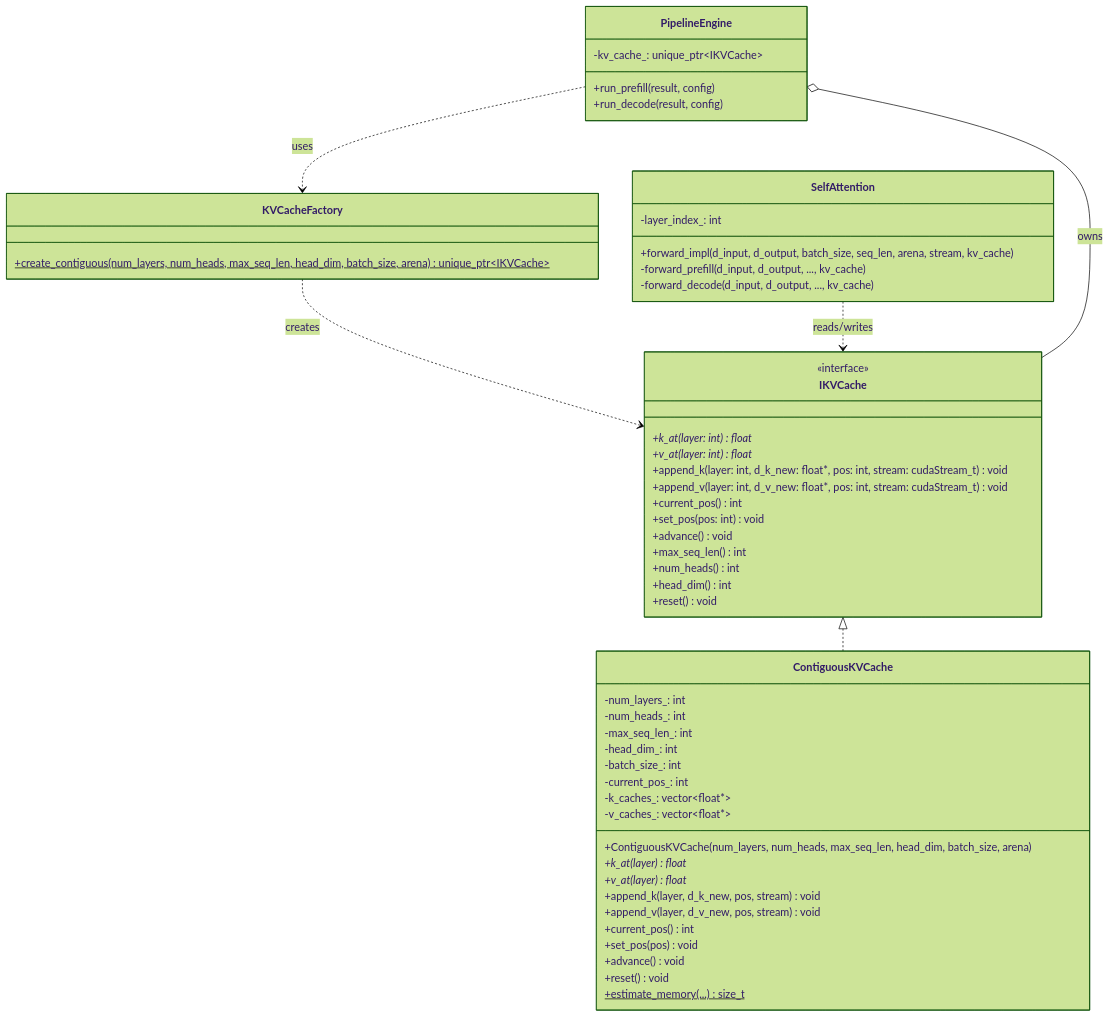
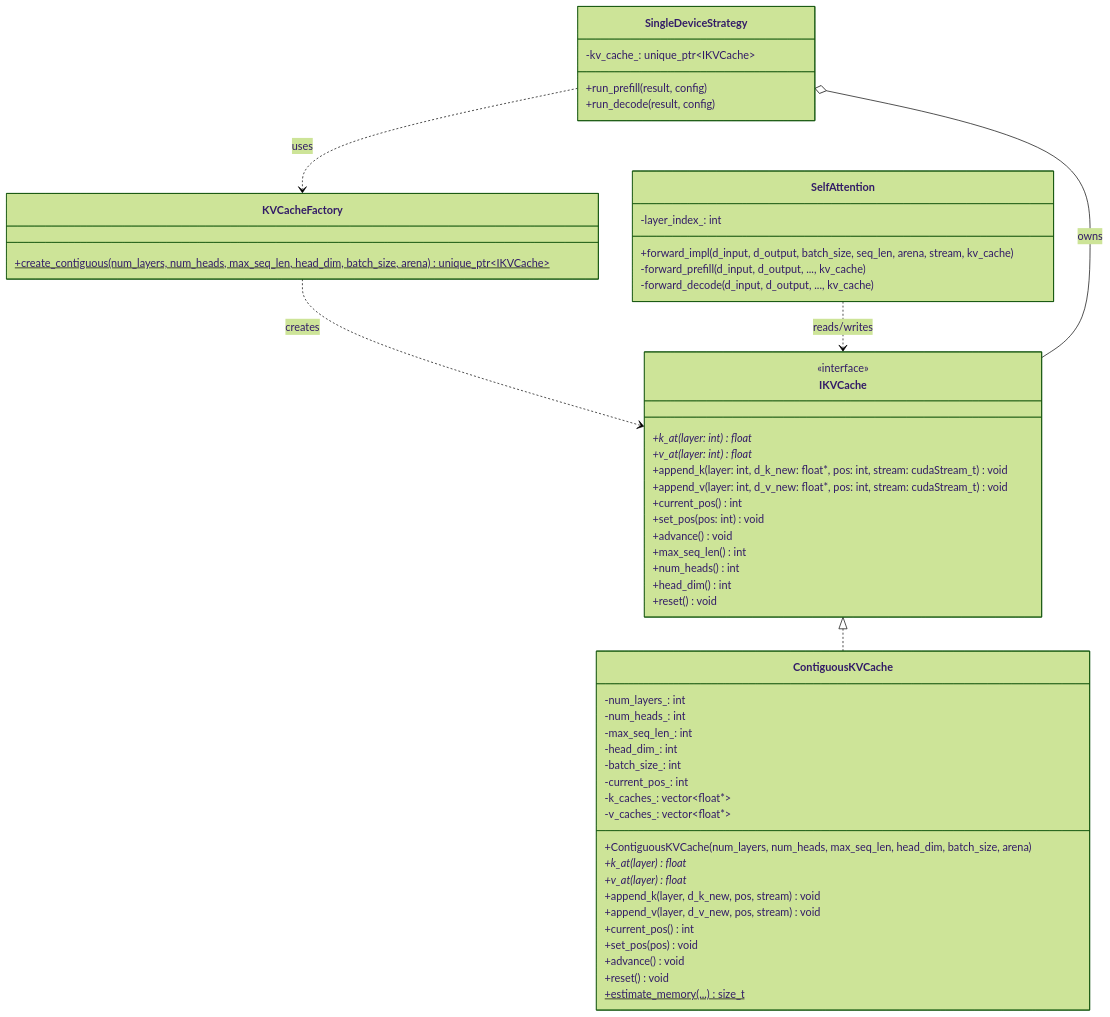
Before and after one commit to Nia-bald/high-performance-inference: the second of 3 diagrams in docs/kv_cache_design.md, drawn with Mermaid (forest theme). The commit also changed other lines of this file and 11 other files, not shown here.

Commit message:
refactor rename updated pipeline engine to single device strategy

````diff
--- a/docs/kv_cache_design.md
+++ b/docs/kv_cache_design.md
@@ -59,61 +59,61 @@
 ```mermaid
 classDiagram
     class IKVCache {
         <<interface>>
         +k_at(layer: int) float*
         +v_at(layer: int) float*
         +append_k(layer: int, d_k_new: float*, pos: int, stream: cudaStream_t) void
         +append_v(layer: int, d_v_new: float*, pos: int, stream: cudaStream_t) void
         +current_pos() int
         +set_pos(pos: int) void
         +advance() void
         +max_seq_len() int
         +num_heads() int
         +head_dim() int
         +reset() void
     }
 
     class ContiguousKVCache {
         -num_layers_: int
         -num_heads_: int
         -max_seq_len_: int
         -head_dim_: int
         -batch_size_: int
         -current_pos_: int
         -k_caches_: vector~float*~
         -v_caches_: vector~float*~
         +ContiguousKVCache(num_layers, num_heads, max_seq_len, head_dim, batch_size, arena)
         +k_at(layer) float*
         +v_at(layer) float*
         +append_k(layer, d_k_new, pos, stream) void
         +append_v(layer, d_v_new, pos, stream) void
         +current_pos() int
         +set_pos(pos) void
         +advance() void
         +reset() void
         +estimate_memory(...)$ size_t
     }
 
     class KVCacheFactory {
         +create_contiguous(num_layers, num_heads, max_seq_len, head_dim, batch_size, arena)$ unique_ptr~IKVCache~
     }
 
     class SelfAttention {
         -layer_index_: int
         +forward_impl(d_input, d_output, batch_size, seq_len, arena, stream, kv_cache)
         -forward_prefill(d_input, d_output, ..., kv_cache)
         -forward_decode(d_input, d_output, ..., kv_cache)
     }
 
-    class PipelineEngine {
+    class SingleDeviceStrategy {
         -kv_cache_: unique_ptr~IKVCache~
         +run_prefill(result, config)
         +run_decode(result, config)
     }
 
     IKVCache <|.. ContiguousKVCache
     KVCacheFactory ..> IKVCache : creates
     SelfAttention ..> IKVCache : reads/writes
-    PipelineEngine o-- IKVCache : owns
-    PipelineEngine ..> KVCacheFactory : uses
+    SingleDeviceStrategy o-- IKVCache : owns
+    SingleDeviceStrategy ..> KVCacheFactory : uses
 ```
````
